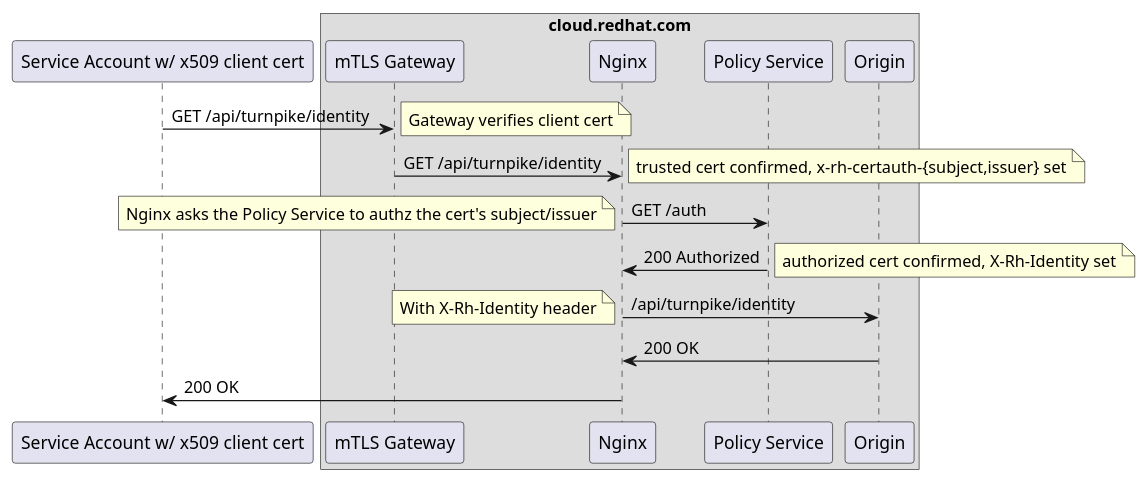
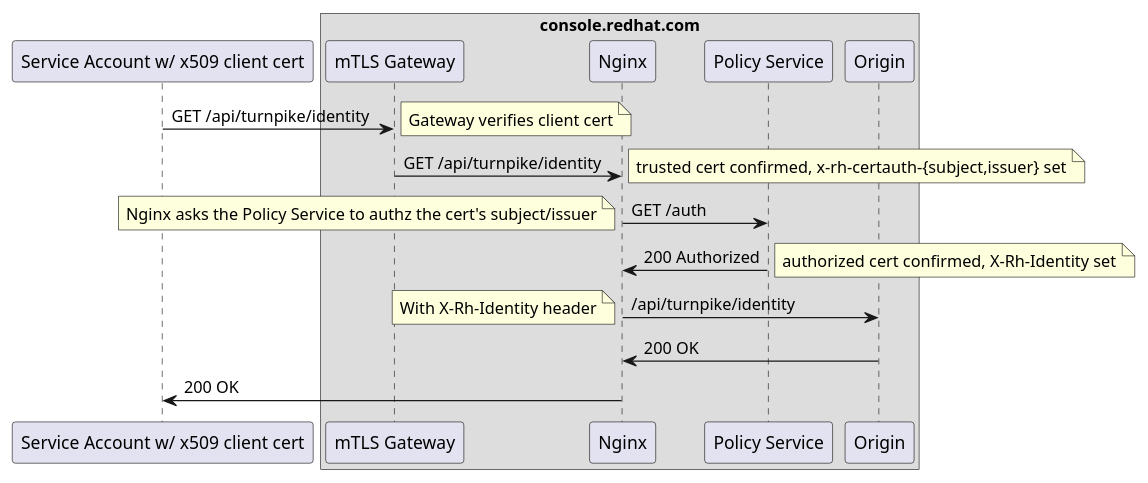
Before and after one commit to RedHatInsights/turnpike: the diagram in docs/mtls.puml, drawn with PlantUML. The commit also changed 8 other files, not shown here.

Commit message:
Update console references and include puml diagrams

```diff
--- a/docs/mtls.puml
+++ b/docs/mtls.puml
@@ -1,24 +1,24 @@
 @startuml turnpike-mtls
 
 participant "Service Account w/ x509 client cert" as service_account
-box "cloud.redhat.com"
+box "console.redhat.com"
 participant "mTLS Gateway" as gateway
 participant Nginx
 participant "Policy Service" as policy_service
 participant Origin
 end box
 
 service_account -> gateway: GET /api/turnpike/identity
 note right: Gateway verifies client cert
 gateway -> Nginx: GET /api/turnpike/identity
 note right: trusted cert confirmed, x-rh-certauth-{subject,issuer} set
 Nginx -> policy_service: GET /auth
 note left: Nginx asks the Policy Service to authz the cert's subject/issuer
 policy_service -> Nginx: 200 Authorized
 note right: authorized cert confirmed, X-Rh-Identity set
 Nginx -> Origin: /api/turnpike/identity
 note left: With X-Rh-Identity header
 Origin -> Nginx: 200 OK
 Nginx -> service_account: 200 OK
 
 @enduml
```
